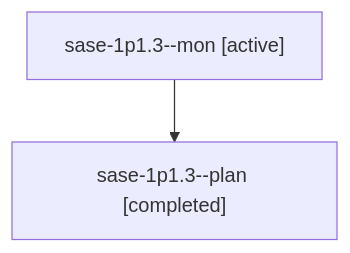
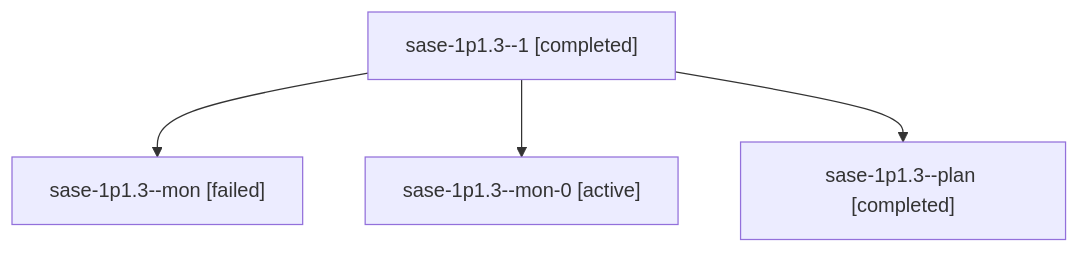
One commit to sase-org/sase--agents changed the diagram in sessions/bbugyi200.athena.sase-1p1.3.md. Above: the diagram before and after it, drawn with Mermaid. The commit also changed other lines of this file and 88 other files, not shown here.

````diff
--- a/sessions/bbugyi200.athena.sase-1p1.3.md
+++ b/sessions/bbugyi200.athena.sase-1p1.3.md
@@ -9,6 +9,10 @@
 ```mermaid
 flowchart TD
-  n0["sase-1p1.3--mon [active]"]
-  n1["sase-1p1.3--plan [completed]"]
+  n0["sase-1p1.3--1 [completed]"]
+  n1["sase-1p1.3--mon [failed]"]
   n0 --> n1
+  n2["sase-1p1.3--mon-0 [active]"]
+  n0 --> n2
+  n3["sase-1p1.3--plan [completed]"]
+  n0 --> n3
 ```
````
